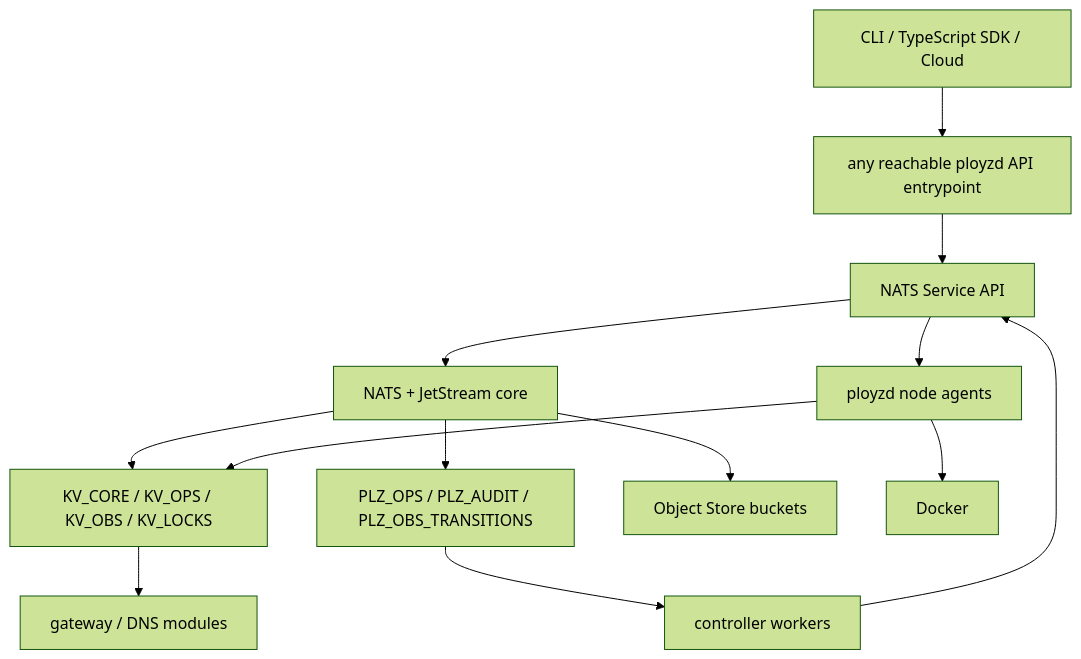
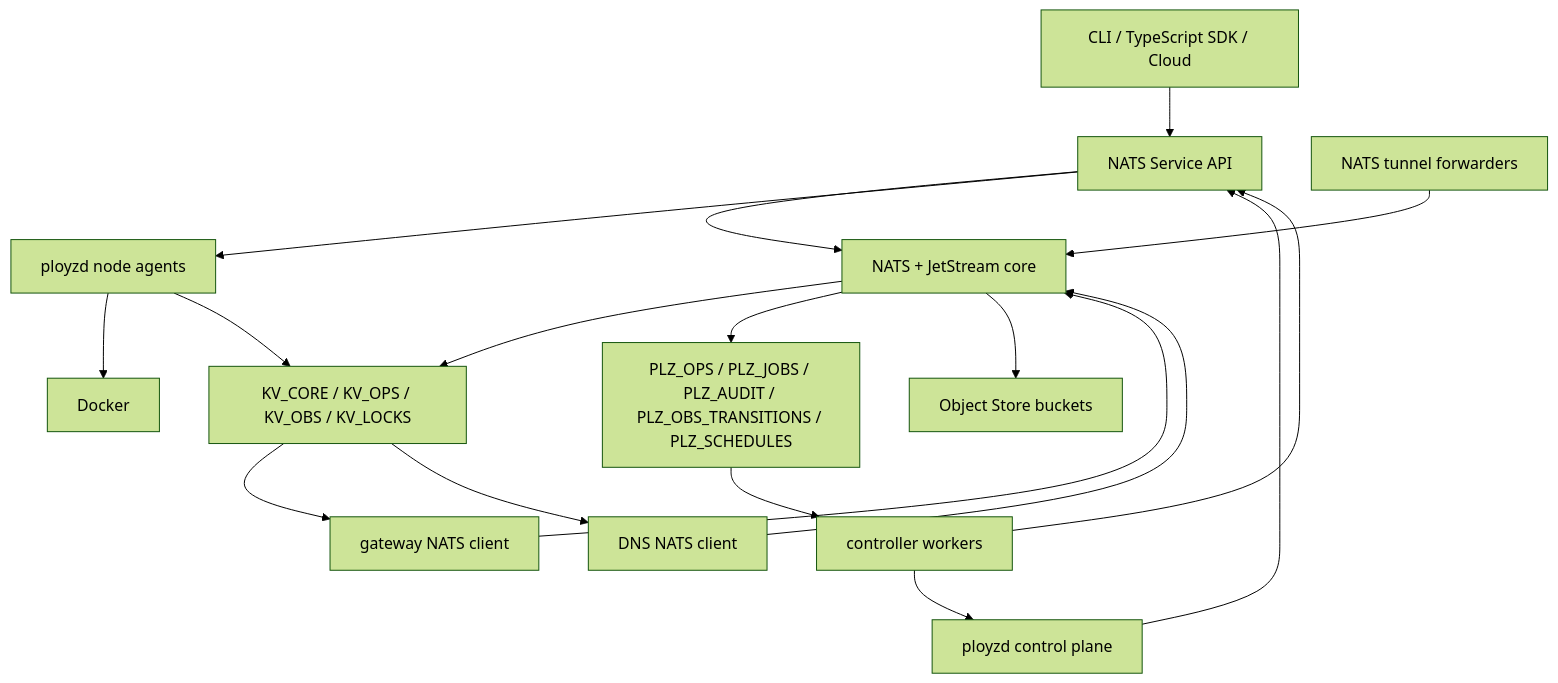
One commit to getployz/ployz changed the diagram in docs/plans/2026-06-04-001-refactor-nats-greenfield-control-plane-plan.md. Above: the diagram before and after it, drawn with Mermaid (forest theme). The commit also changed other lines of this file and 7 other files, not shown here.

Commit message:
feat: add supervised iroh nats tunnel spine

````diff
--- a/docs/plans/2026-06-04-001-refactor-nats-greenfield-control-plane-plan.md
+++ b/docs/plans/2026-06-04-001-refactor-nats-greenfield-control-plane-plan.md
@@ -316,27 +365,34 @@
 ```mermaid
 flowchart TB
   CLI["CLI / TypeScript SDK / Cloud"]
-  Entry["any reachable ployzd API entrypoint"]
+  Ployzd["ployzd control plane"]
   NATS["NATS + JetStream core"]
   Services["NATS Service API"]
   KV["KV_CORE / KV_OPS / KV_OBS / KV_LOCKS"]
-  Streams["PLZ_OPS / PLZ_AUDIT / PLZ_OBS_TRANSITIONS"]
+  Streams["PLZ_OPS / PLZ_JOBS / PLZ_AUDIT / PLZ_OBS_TRANSITIONS / PLZ_SCHEDULES"]
   Objects["Object Store buckets"]
   Controllers["controller workers"]
   Agents["ployzd node agents"]
   Docker["Docker"]
-  Gateway["gateway / DNS modules"]
+  Gateway["gateway NATS client"]
+  DNS["DNS NATS client"]
+  Tunnel["NATS tunnel forwarders"]
 
-  CLI --> Entry
-  Entry --> Services
+  CLI --> Services
+  Ployzd --> Services
   Services --> NATS
   NATS --> KV
   NATS --> Streams
   NATS --> Objects
   Streams --> Controllers
+  Controllers --> Ployzd
   Controllers --> Services
   Services --> Agents
   Agents --> Docker
   Agents --> KV
+  Gateway --> NATS
+  DNS --> NATS
+  Tunnel --> NATS
   KV --> Gateway
+  KV --> DNS
 ```
````
